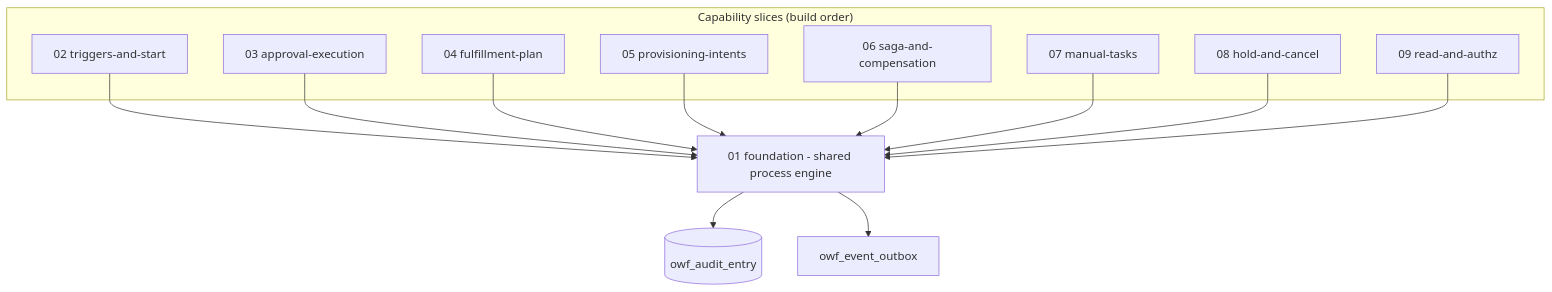
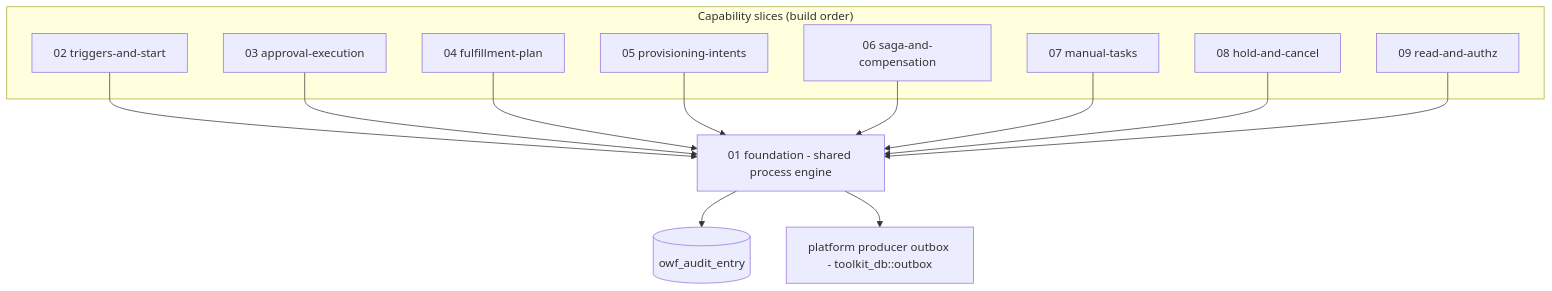
One commit to constructorfabric/gears-rust changed the second of 6 diagrams in gears/bss/orders-workflow/docs/DESIGN.md. Above: the diagram before and after it, drawn with Mermaid. The commit also changed other lines of this file and 10 other files, not shown here.

````diff
--- a/gears/bss/orders-workflow/docs/DESIGN.md
+++ b/gears/bss/orders-workflow/docs/DESIGN.md
@@ -415,27 +416,27 @@
 ```mermaid
 graph TB
     subgraph Slices["Capability slices (build order)"]
         S02[02 triggers-and-start]
         S03[03 approval-execution]
         S04[04 fulfillment-plan]
         S05[05 provisioning-intents]
         S06[06 saga-and-compensation]
         S07[07 manual-tasks]
         S08[08 hold-and-cancel]
         S09[09 read-and-authz]
     end
     ENGINE[01 foundation - shared process engine]
     AUDIT[(owf_audit_entry)]
-    OUTBOX[owf_event_outbox]
+    OUTBOX[platform producer outbox - toolkit_db::outbox]
 
     S02 --> ENGINE
     S03 --> ENGINE
     S04 --> ENGINE
     S05 --> ENGINE
     S06 --> ENGINE
     S07 --> ENGINE
     S08 --> ENGINE
     S09 --> ENGINE
     ENGINE --> AUDIT
     ENGINE --> OUTBOX
 ```
````
